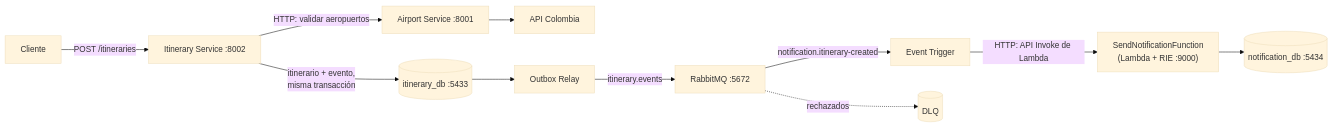
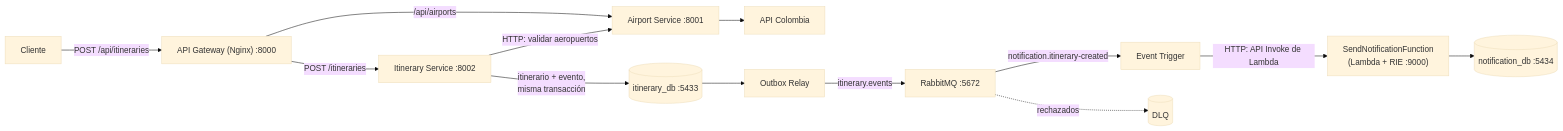
One commit to JUANGR12192004/sistema-itinerarios-personales changed the diagram in README.md. Above: the diagram before and after it, drawn with Mermaid (base theme). The commit also changed other lines of this file and 10 other files, not shown here.

Commit message:
docs: documenta el API Gateway (diagramas, errores, orden de arranque y demostración de punta a punta)

````diff
--- a/README.md
+++ b/README.md
@@ -64,13 +65,15 @@
 ```mermaid
 flowchart LR
-    C[Cliente] -->|POST /itineraries| IS[Itinerary Service :8002]
-    IS -->|"HTTP: validar aeropuertos"| AS[Airport Service :8001]
+    C[Cliente] -->|POST /api/itineraries| GW["API Gateway (Nginx) :8000"]
+    GW -->|/api/airports| AS[Airport Service :8001]
+    GW -->|POST /itineraries| IS[Itinerary Service :8002]
+    IS -->|"HTTP: validar aeropuertos"| AS
     AS --> EXT[API Colombia]
     IS -->|"itinerario + evento,<br/>misma transacción"| DBI[(itinerary_db :5433)]
     DBI --> R[Outbox Relay]
     R -->|itinerary.events| MQ[RabbitMQ :5672]
     MQ -->|notification.itinerary-created| T[Event Trigger]
     T -->|"HTTP: API Invoke de Lambda"| F["SendNotificationFunction<br/>(Lambda + RIE :9000)"]
     F --> DBN[(notification_db :5434)]
     MQ -.rechazados.-> DLQ[(DLQ)]
 ```
````
